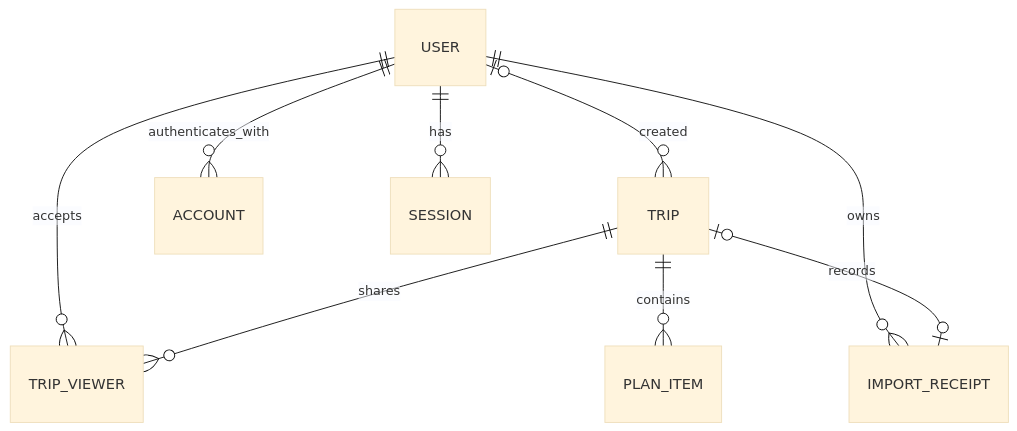
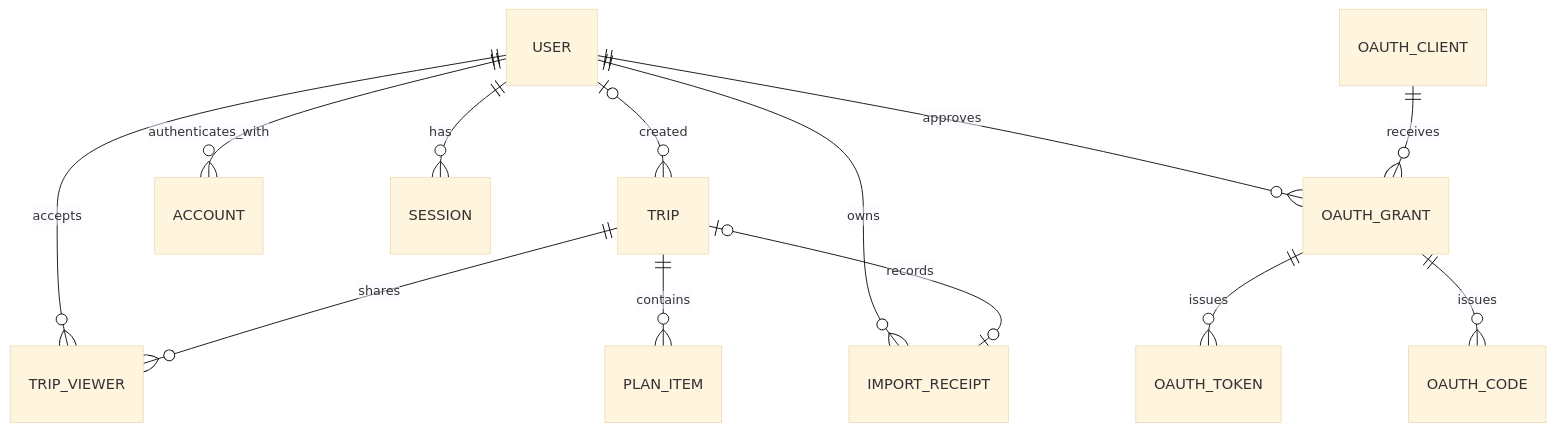
Before and after one commit to Link-lin/FieldNotes: the third of 3 diagrams in docs/design/technical-design.md, drawn with Mermaid (base theme). The commit also changed other lines of this file and 1 other file, not shown here.

````diff
--- a/docs/design/technical-design.md
+++ b/docs/design/technical-design.md
@@ -145,11 +151,15 @@
 ```mermaid
 erDiagram
     USER o|--o{ TRIP : created
     USER ||--o{ ACCOUNT : authenticates_with
     USER ||--o{ SESSION : has
     USER ||--o{ TRIP_VIEWER : accepts
     TRIP ||--o{ TRIP_VIEWER : shares
     TRIP ||--o{ PLAN_ITEM : contains
     USER ||--o{ IMPORT_RECEIPT : owns
     TRIP o|--o| IMPORT_RECEIPT : records
+    USER ||--o{ OAUTH_GRANT : approves
+    OAUTH_CLIENT ||--o{ OAUTH_GRANT : receives
+    OAUTH_GRANT ||--o{ OAUTH_TOKEN : issues
+    OAUTH_GRANT ||--o{ OAUTH_CODE : issues
 ```
````
